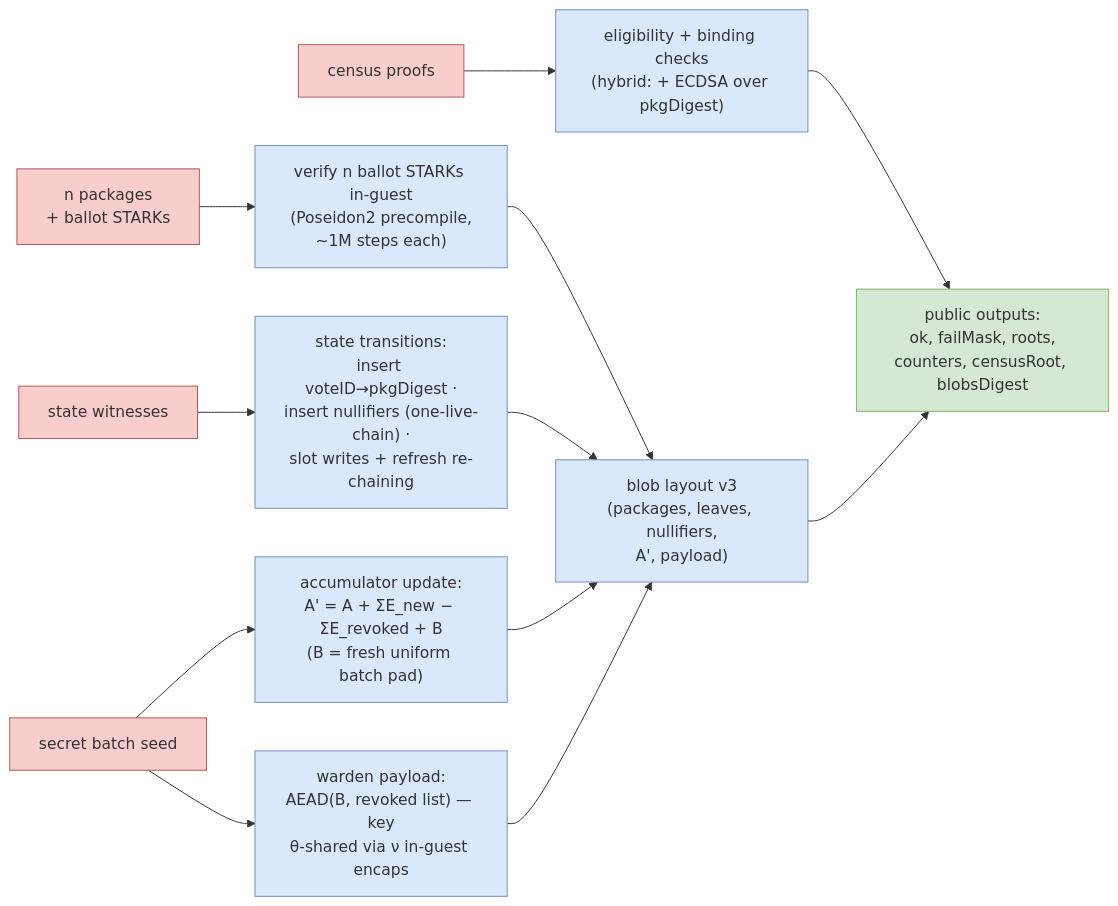
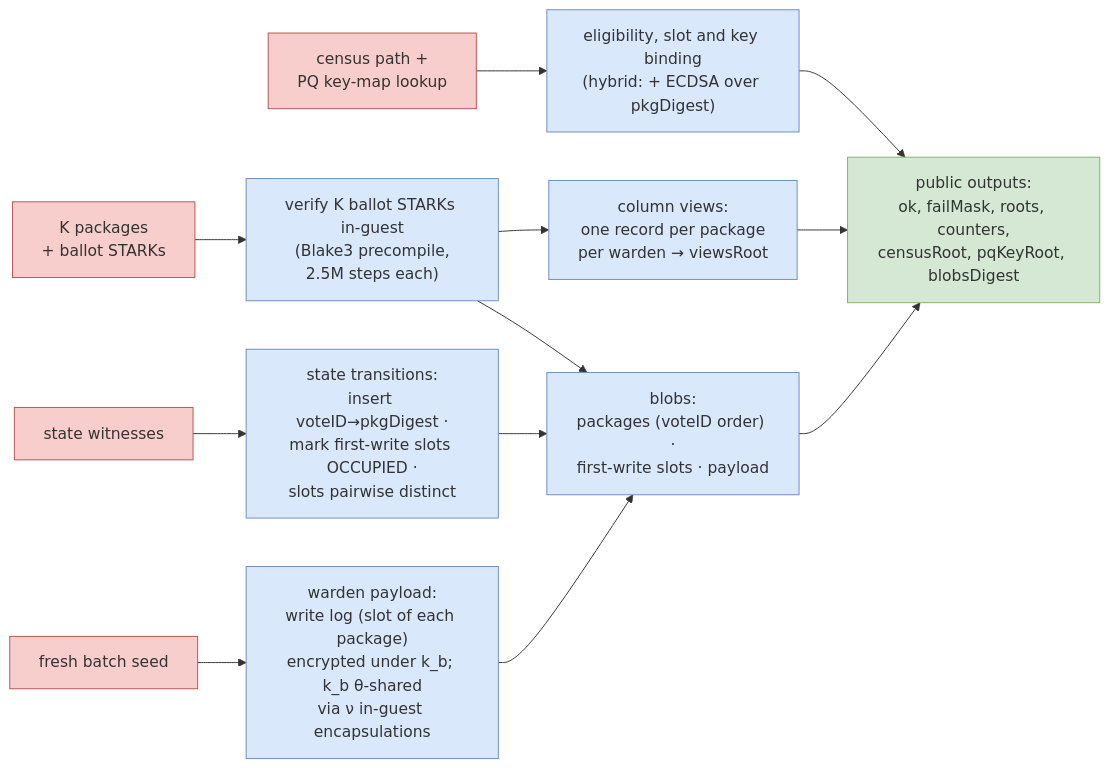
Before and after one commit to vocdoni/davinci-paper: the diagram in v3-pq/figures/src/batch-flow.mmd, drawn with Mermaid. The commit also changed 30 other files, not shown here.

```diff
--- a/v3-pq/figures/src/batch-flow.mmd
+++ b/v3-pq/figures/src/batch-flow.mmd
@@ -1,15 +1,15 @@
 flowchart LR
   classDef in fill:#f8cecc,stroke:#b85450;
   classDef op fill:#dae8fc,stroke:#6c8ebf;
   classDef out fill:#d5e8d4,stroke:#82b366;
-  I1["n packages<br/>+ ballot STARKs"]:::in --> V["verify n ballot STARKs in-guest<br/>(Poseidon2 precompile,<br/>~1M steps each)"]:::op
-  I2["census proofs"]:::in --> CE["eligibility + binding checks<br/>(hybrid: + ECDSA over pkgDigest)"]:::op
-  I3["state witnesses"]:::in --> ST["state transitions:<br/>insert voteID→pkgDigest ·<br/>insert nullifiers (one-live-chain) ·<br/>slot writes + refresh re-chaining"]:::op
-  I4["secret batch seed"]:::in --> ACC["accumulator update:<br/>A' = A + ΣE_new − ΣE_revoked + B<br/>(B = fresh uniform batch pad)"]:::op
-  I4 --> WP["warden payload:<br/>AEAD(B, revoked list) — key<br/>θ-shared via ν in-guest encaps"]:::op
-  V --> BL["blob layout v3<br/>(packages, leaves, nullifiers,<br/>A', payload)"]:::op
+  I1["K packages<br/>+ ballot STARKs"]:::in --> V["verify K ballot STARKs in-guest<br/>(Blake3 precompile,<br/>2.5M steps each)"]:::op
+  I2["census path +<br/>PQ key-map lookup"]:::in --> CE["eligibility, slot and key binding<br/>(hybrid: + ECDSA over pkgDigest)"]:::op
+  I3["state witnesses"]:::in --> ST["state transitions:<br/>insert voteID→pkgDigest ·<br/>mark first-write slots OCCUPIED ·<br/>slots pairwise distinct"]:::op
+  I4["fresh batch seed"]:::in --> WP["warden payload:<br/>write log (slot of each package)<br/>encrypted under k_b; k_b θ-shared<br/>via ν in-guest encapsulations"]:::op
+  V --> CV["column views:<br/>one record per package<br/>per warden → viewsRoot"]:::op
+  V --> BL["blobs:<br/>packages (voteID order) ·<br/>first-write slots · payload"]:::op
   ST --> BL
-  ACC --> BL
   WP --> BL
-  CE --> OUT["public outputs:<br/>ok, failMask, roots,<br/>counters, censusRoot, blobsDigest"]:::out
+  CE --> OUT["public outputs:<br/>ok, failMask, roots, counters,<br/>censusRoot, pqKeyRoot, blobsDigest"]:::out
+  CV --> OUT
   BL --> OUT
```
